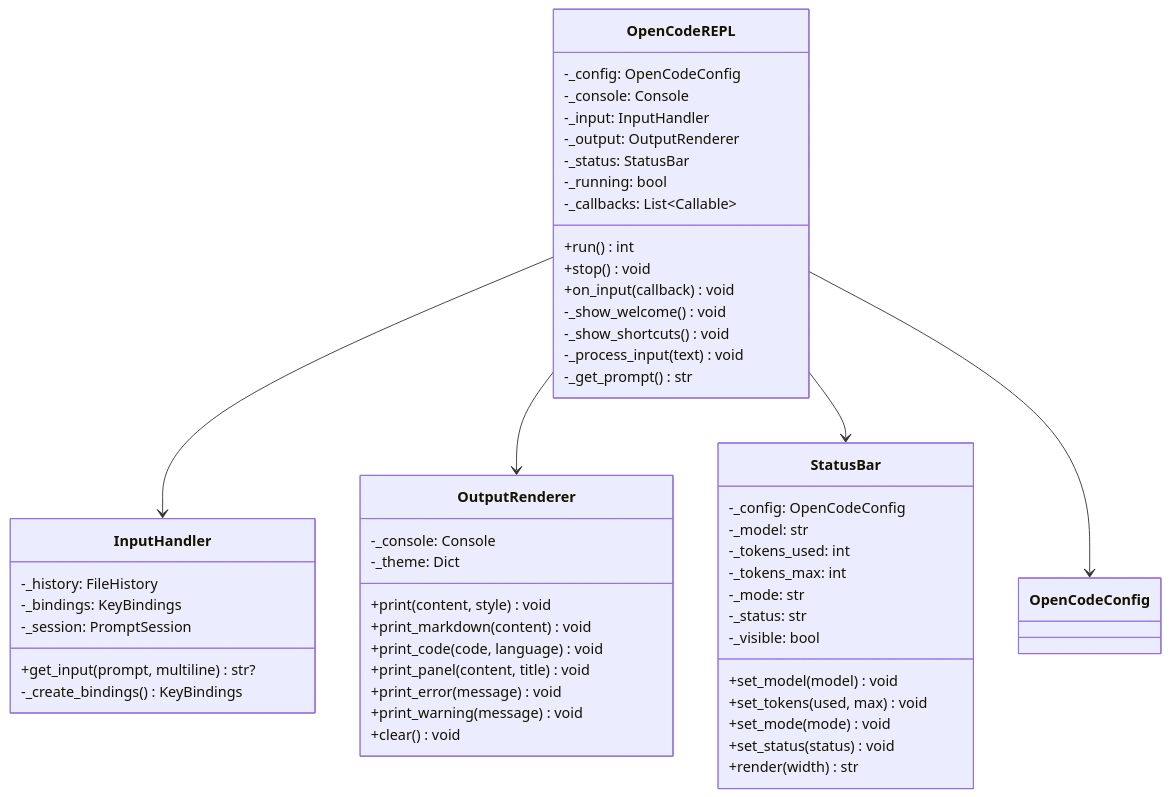
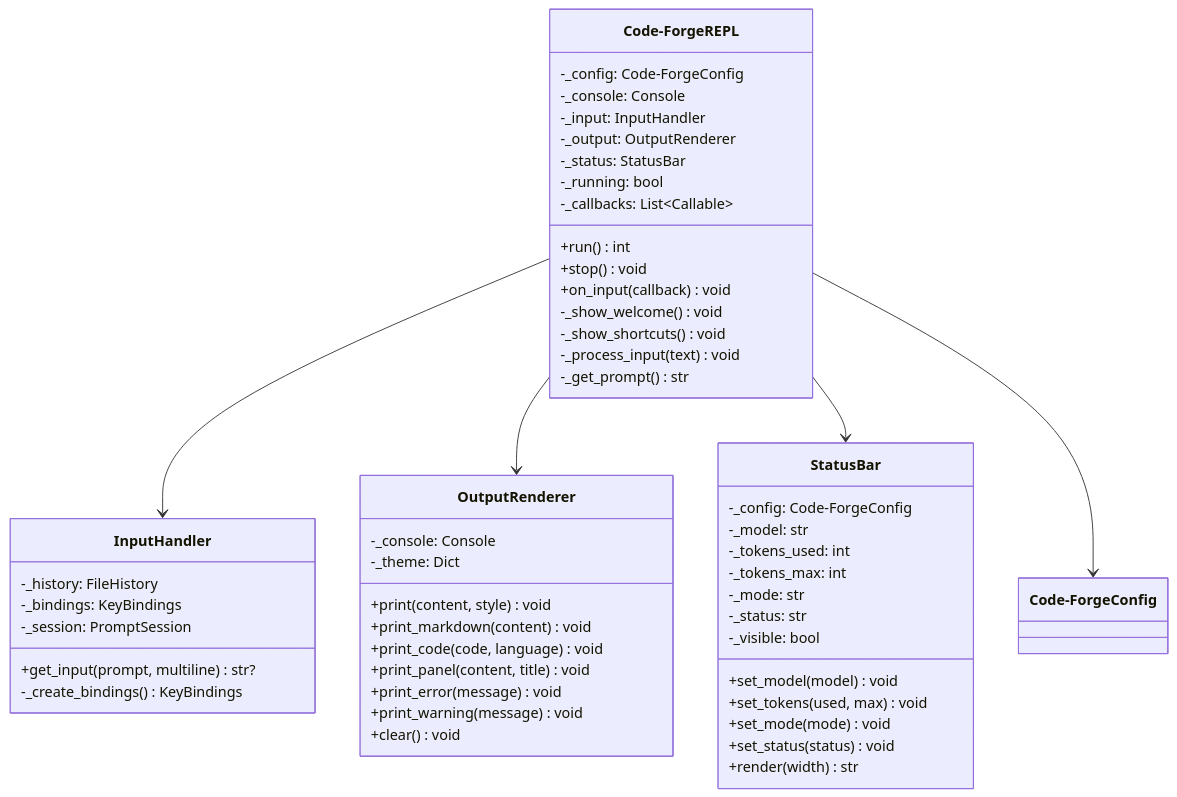
Before and after one commit to corey-rosamond/Code-Forge: the first of 8 diagrams in .ai/phase/1.3/UML.md, drawn with Mermaid. The commit also changed other lines of this file and 505 other files, not shown here.

First line of the commit message:
Rename project from OpenCode to Code-Forge

````diff
--- a/.ai/phase/1.3/UML.md
+++ b/.ai/phase/1.3/UML.md
@@ -11,59 +11,59 @@
 ```mermaid
 classDiagram
-    class OpenCodeREPL {
-        -_config: OpenCodeConfig
+    class Code-ForgeREPL {
+        -_config: Code-ForgeConfig
         -_console: Console
         -_input: InputHandler
         -_output: OutputRenderer
         -_status: StatusBar
         -_running: bool
         -_callbacks: List~Callable~
         +run() int
         +stop() void
         +on_input(callback) void
         -_show_welcome() void
         -_show_shortcuts() void
         -_process_input(text) void
         -_get_prompt() str
     }
 
     class InputHandler {
         -_history: FileHistory
         -_bindings: KeyBindings
         -_session: PromptSession
         +get_input(prompt, multiline) str?
         -_create_bindings() KeyBindings
     }
 
     class OutputRenderer {
         -_console: Console
         -_theme: Dict
         +print(content, style) void
         +print_markdown(content) void
         +print_code(code, language) void
         +print_panel(content, title) void
         +print_error(message) void
         +print_warning(message) void
         +clear() void
     }
 
     class StatusBar {
-        -_config: OpenCodeConfig
+        -_config: Code-ForgeConfig
         -_model: str
         -_tokens_used: int
         -_tokens_max: int
         -_mode: str
         -_status: str
         -_visible: bool
         +set_model(model) void
         +set_tokens(used, max) void
         +set_mode(mode) void
         +set_status(status) void
         +render(width) str
     }
 
-    OpenCodeREPL --> InputHandler
-    OpenCodeREPL --> OutputRenderer
-    OpenCodeREPL --> StatusBar
-    OpenCodeREPL --> OpenCodeConfig
+    Code-ForgeREPL --> InputHandler
+    Code-ForgeREPL --> OutputRenderer
+    Code-ForgeREPL --> StatusBar
+    Code-ForgeREPL --> Code-ForgeConfig
 ```
````
